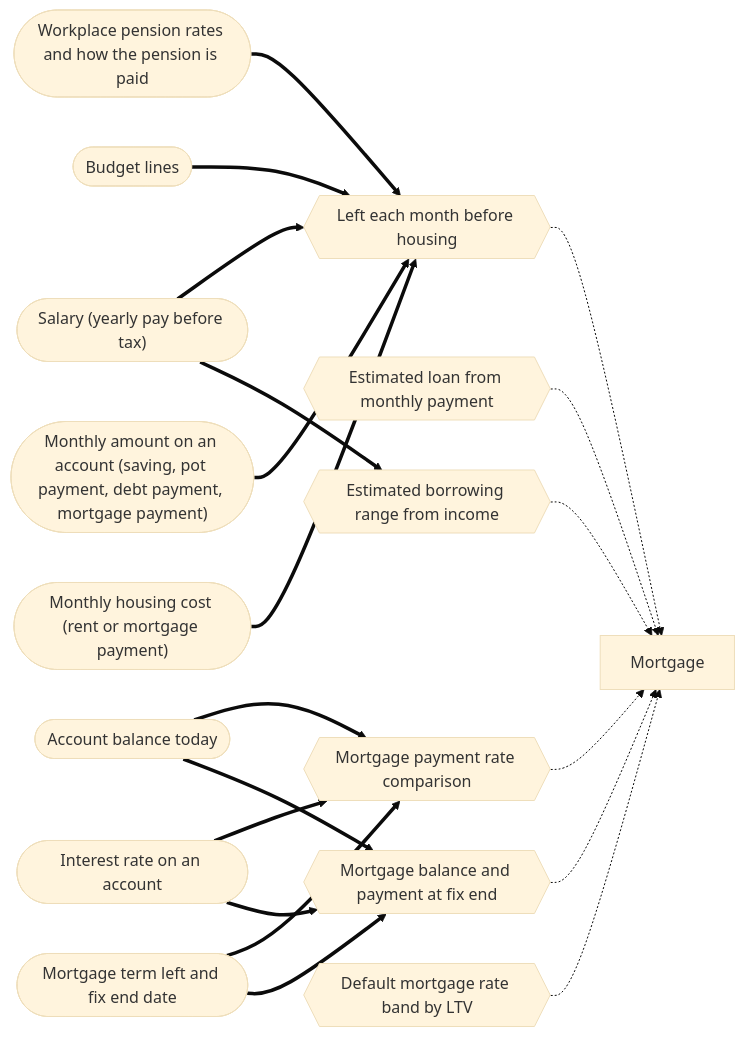
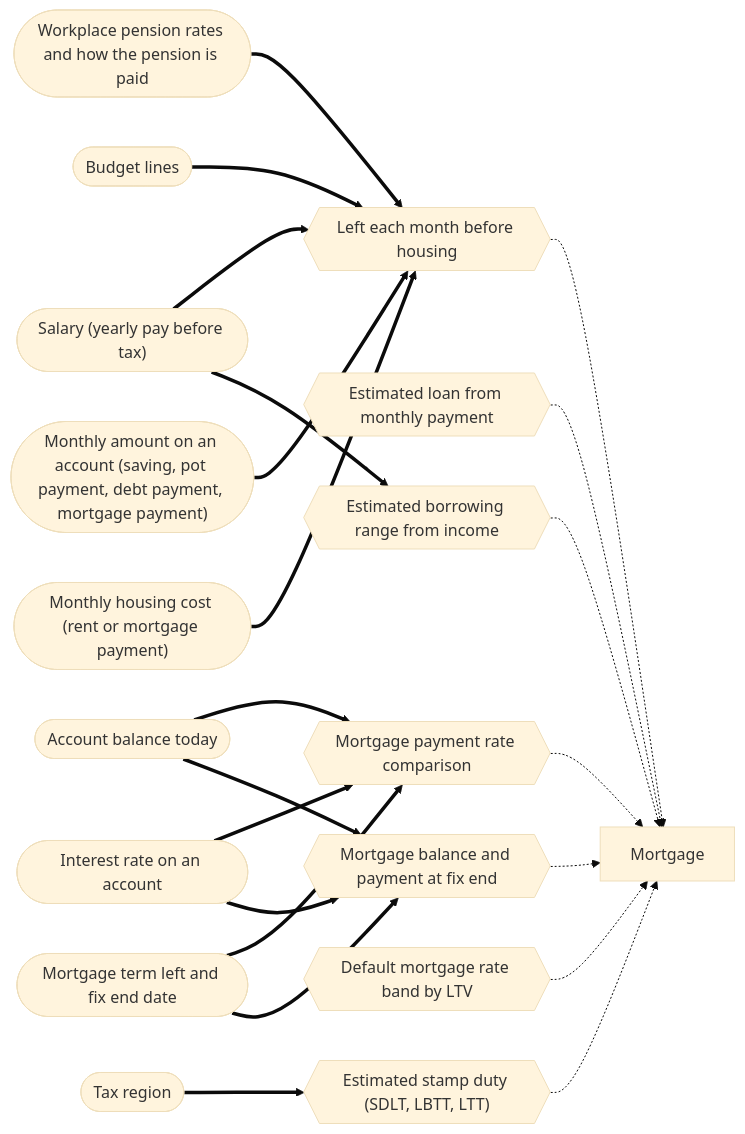
One commit to mgallagher56/flump changed the eighth of 8 diagrams in docs/system/generated/connections.md. Above: the diagram before and after it, drawn with Mermaid (base theme). The commit also changed 9 other files, not shown here.

Commit message:
feat(finance-engine): add E39 S1b stamp duty engine

````diff
--- a/docs/system/generated/connections.md
+++ b/docs/system/generated/connections.md
@@ -598,36 +598,40 @@
 ```mermaid
 flowchart LR
   s_mortgage["Mortgage"]
   g_housing_room{{"Left each month before housing"}}
   f_salary(["Salary (yearly pay before tax)"])
   f_salary ==> g_housing_room
   f_pension_rates(["Workplace pension rates and how the pension is paid"])
   f_pension_rates ==> g_housing_room
   f_budget_entries(["Budget lines"])
   f_budget_entries ==> g_housing_room
   f_account_monthly_amount(["Monthly amount on an account (saving, pot payment, debt payment, mortgage payment)"])
   f_account_monthly_amount ==> g_housing_room
   f_housing_cost(["Monthly housing cost (rent or mortgage payment)"])
   f_housing_cost ==> g_housing_room
   g_housing_room -.-> s_mortgage
   g_mortgage_budget_loan_estimate{{"Estimated loan from monthly payment"}}
   g_mortgage_budget_loan_estimate -.-> s_mortgage
   g_mortgage_income_multiple_range{{"Estimated borrowing range from income"}}
   f_salary ==> g_mortgage_income_multiple_range
   g_mortgage_income_multiple_range -.-> s_mortgage
   g_mortgage_rate_comparison{{"Mortgage payment rate comparison"}}
   f_account_balance(["Account balance today"])
   f_account_balance ==> g_mortgage_rate_comparison
   f_account_rate(["Interest rate on an account"])
   f_account_rate ==> g_mortgage_rate_comparison
   f_mortgage_term_and_fix_end(["Mortgage term left and fix end date"])
   f_mortgage_term_and_fix_end ==> g_mortgage_rate_comparison
   g_mortgage_rate_comparison -.-> s_mortgage
   g_mortgage_fix_end_estimate{{"Mortgage balance and payment at fix end"}}
   f_account_balance ==> g_mortgage_fix_end_estimate
   f_account_rate ==> g_mortgage_fix_end_estimate
   f_mortgage_term_and_fix_end ==> g_mortgage_fix_end_estimate
   g_mortgage_fix_end_estimate -.-> s_mortgage
   g_mortgage_ltv_rate_band{{"Default mortgage rate band by LTV"}}
   g_mortgage_ltv_rate_band -.-> s_mortgage
+  g_property_transaction_tax{{"Estimated stamp duty (SDLT, LBTT, LTT)"}}
+  f_tax_region(["Tax region"])
+  f_tax_region ==> g_property_transaction_tax
+  g_property_transaction_tax -.-> s_mortgage
 ```
````
